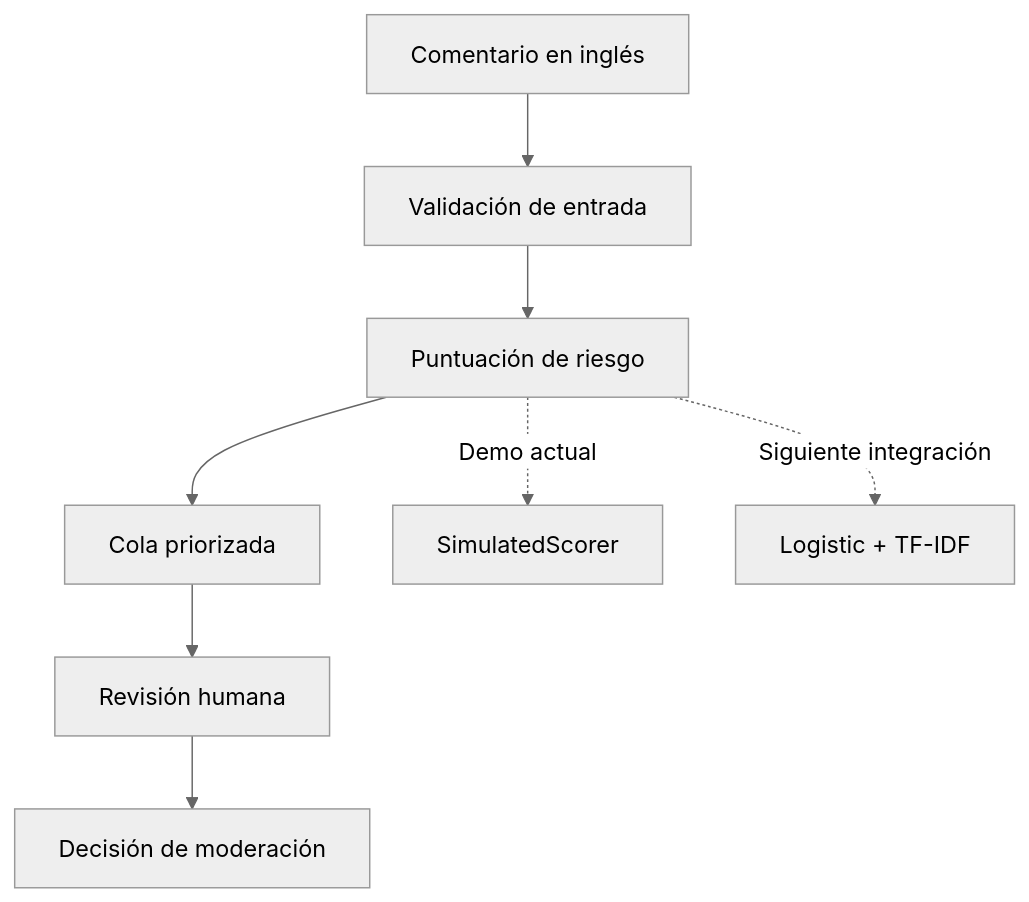
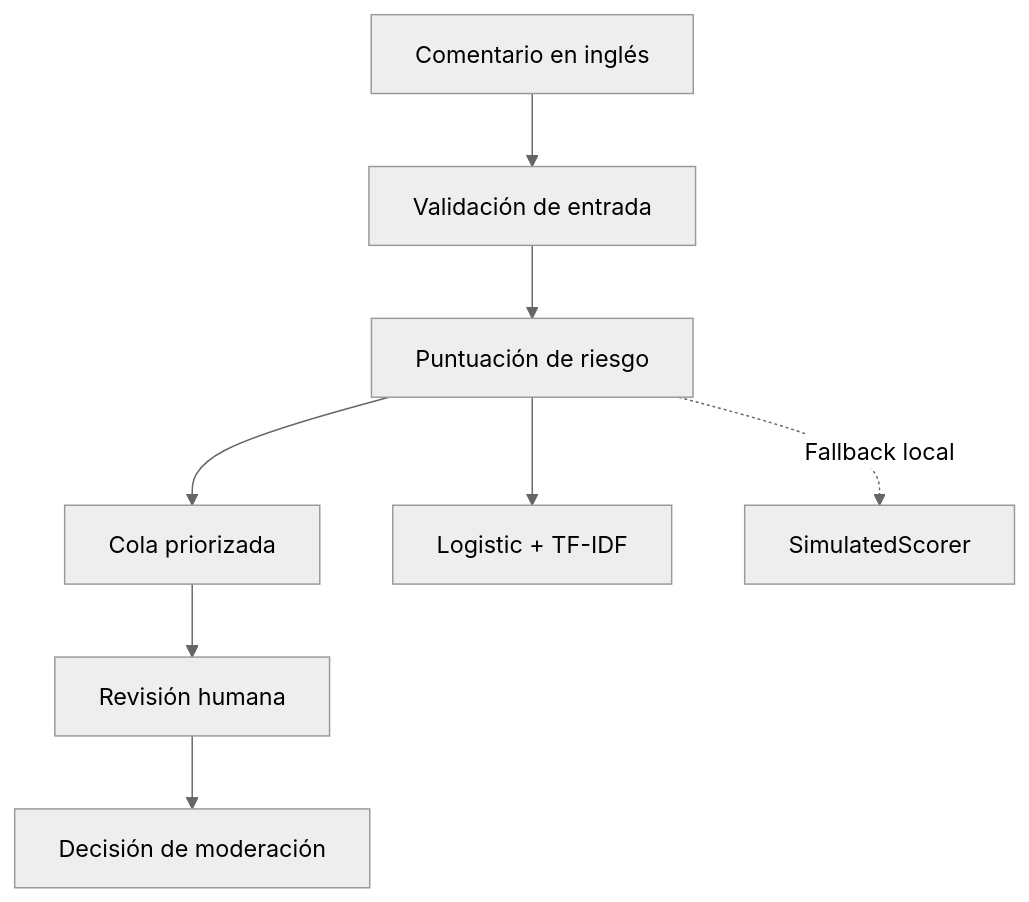
The diagram in README.md (Bootcamp-IA-MAD-P7/proyecto9-grupo3), drawn with Mermaid (neutral theme) before and after one commit. The commit also changed other lines of this file and 2 other files, not shown here.

Commit message:
docs: document logistic inference integration

`````diff
--- a/README.md
+++ b/README.md
@@ -46,11 +46,11 @@
 ```mermaid
 flowchart TD
     A[Comentario en inglés] --> B[Validación de entrada]
     B --> C[Puntuación de riesgo]
     C --> D[Cola priorizada]
     D --> E[Revisión humana]
     E --> F[Decisión de moderación]
 
-    C -. "Demo actual" .-> G[SimulatedScorer]
-    C -. "Siguiente integración" .-> H[Logistic + TF-IDF]
-````
+    C --> G[Logistic + TF-IDF]
+    C -. "Fallback local" .-> H[SimulatedScorer]
+```
`````
